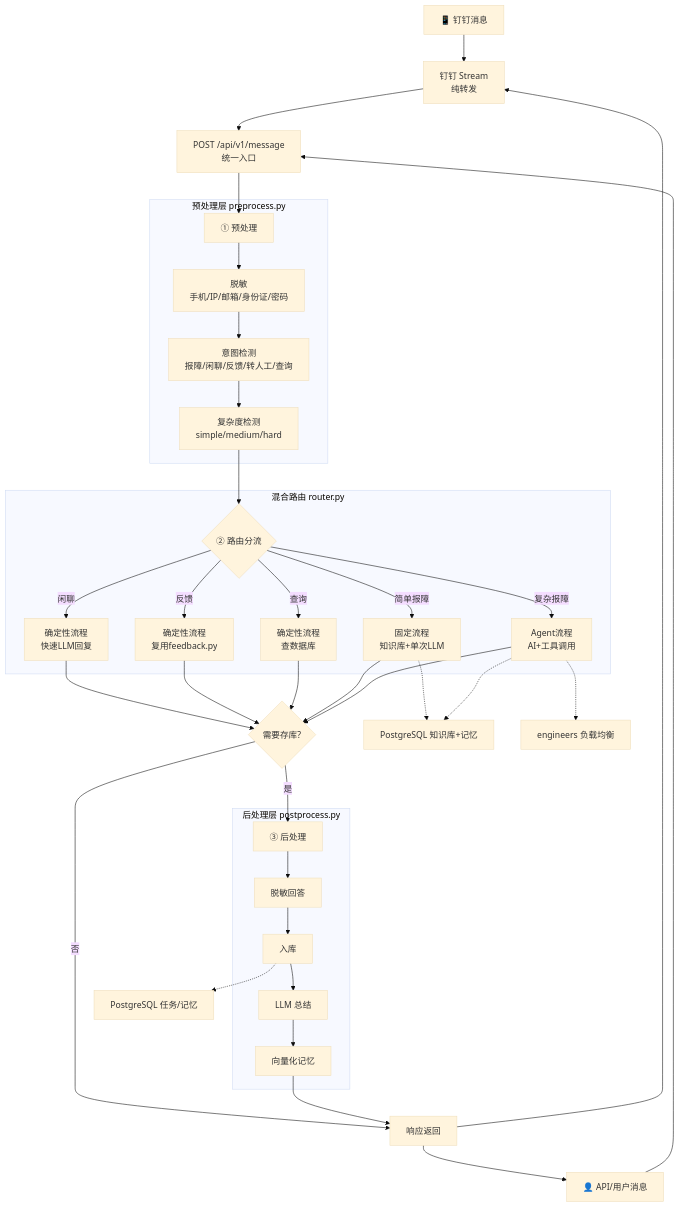
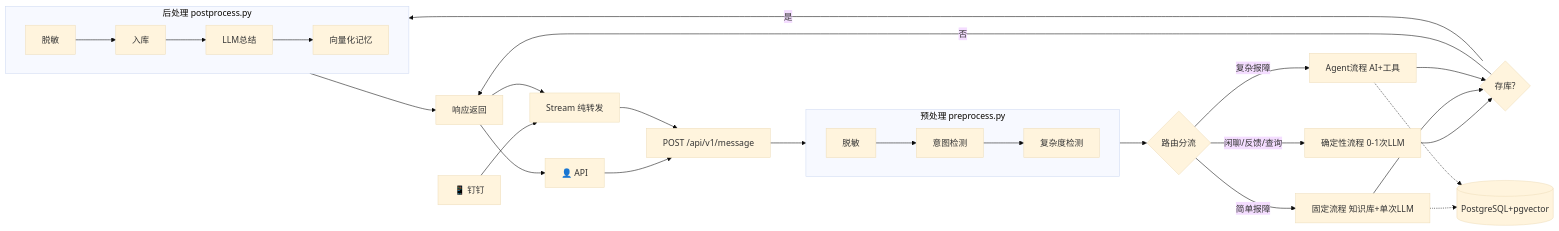
The diagram in README.md (shouch111/dingdingbased-opsmate), drawn with Mermaid (base theme) before and after one commit.

Commit message:
docs: README 架构图优化为简洁 LR 布局

````diff
--- a/README.md
+++ b/README.md
@@ -21,62 +21,42 @@
 ```mermaid
 
-flowchart TD
+flowchart LR
 
-    DT[📱 钉钉消息] --> STREAM[钉钉 Stream\n纯转发]
+    DT[📱 钉钉] --> STREAM[Stream 纯转发]
 
-    API_USER[👤 API/用户消息] --> MSG
+    API_USER[👤 API] --> MSG
 
-    STREAM --> MSG["POST /api/v1/message\n统一入口"]
+    STREAM --> MSG["POST /api/v1/message"]
 
 
 
     MSG --> PRE
 
+    subgraph PRE[预处理 preprocess.py]
 
+        direction LR
 
-    subgraph PREPROCESS[预处理层 preprocess.py]
-
-        PRE["① 预处理"]
-
-        PRE --> MASK["脱敏\n手机/IP/邮箱/身份证/密码"]
-
-        MASK --> INTENT["意图检测\n报障/闲聊/反馈/转人工/查询"]
-
-        INTENT --> CPLX["复杂度检测\nsimple/medium/hard"]
+        P1[脱敏] --> P2[意图检测] --> P3[复杂度检测]
 
     end
 
 
 
-    CPLX --> ROUTER
+    PRE --> ROUTER{"路由分流"}
 
 
 
-    subgraph ROUTERLAYER[混合路由 router.py]
+    ROUTER -->|闲聊/反馈/查询| DETER[确定性流程 0-1次LLM]
 
-        ROUTER{"② 路由分流"}
+    ROUTER -->|简单报障| FIXED[固定流程 知识库+单次LLM]
 
-        ROUTER -->|闲聊| CASUAL["确定性流程\n快速LLM回复"]
-
-        ROUTER -->|反馈| FEEDBACK["确定性流程\n复用feedback.py"]
-
-        ROUTER -->|查询| QUERY["确定性流程\n查数据库"]
-
-        ROUTER -->|简单报障| SIMPLE["固定流程\n知识库+单次LLM"]
-
-        ROUTER -->|复杂报障| AGENT["Agent流程\nAI+工具调用"]
-
-    end
+    ROUTER -->|复杂报障| AGENT[Agent流程 AI+工具]
 
 
 
-    CASUAL --> POST_FLAG{需要存库?}
+    DETER --> POST_FLAG{存库?}
 
-    FEEDBACK --> POST_FLAG
-
-    QUERY --> POST_FLAG
-
-    SIMPLE --> POST_FLAG
+    FIXED --> POST_FLAG
 
     AGENT --> POST_FLAG
 
@@ -84,27 +64,21 @@
 
     POST_FLAG -->|是| POST
 
-    POST_FLAG -->|否| RESP
+    POST_FLAG -->|否| RESP[响应返回]
 
 
 
-    subgraph POSTPROCESS[后处理层 postprocess.py]
+    subgraph POST[后处理 postprocess.py]
 
-        POST["③ 后处理"]
+        direction LR
 
-        POST --> SAFE["脱敏回答"]
-
-        SAFE --> STORE["入库"]
-
-        STORE --> SUM["LLM 总结"]
-
-        SUM --> VEC["向量化记忆"]
+        S1[脱敏] --> S2[入库] --> S3[LLM总结] --> S4[向量化记忆]
 
     end
 
 
 
-    VEC --> RESP[响应返回]
+    POST --> RESP
 
     RESP --> STREAM
 
@@ -112,12 +86,8 @@
 
 
 
-    SIMPLE -.-> KB["PostgreSQL 知识库+记忆"]
+    FIXED -.-> DB[(PostgreSQL+pgvector)]
 
-    AGENT -.-> KB
-
-    AGENT -.-> ENG["engineers 负载均衡"]
-
-    STORE -.-> DB["PostgreSQL 任务/记忆"]
+    AGENT -.-> DB
 
 ```
````
